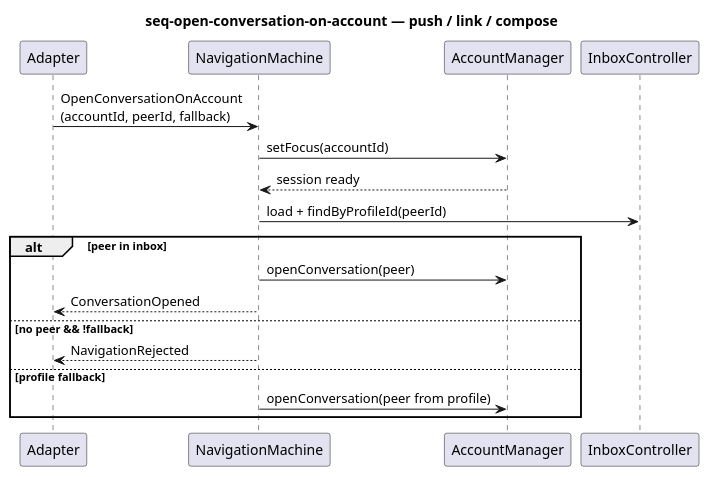
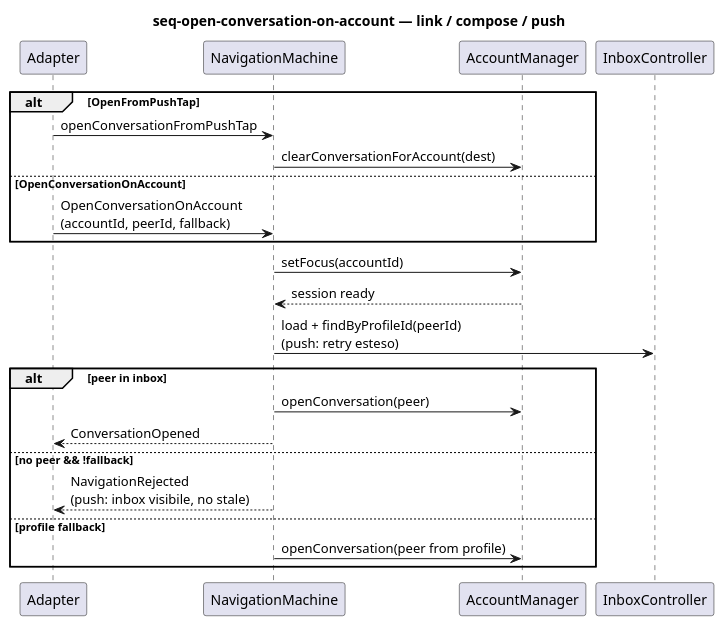
One commit to alfred-im/alfred-im changed the diagram in docs/model/uml/navigation/seq-open-conversation-on-account.puml. Above: the diagram before and after it, drawn with PlantUML. The commit also changed 2 other files, not shown here.

Commit message:
docs(navigation): allinea dominio a openConversationFromPushTap

```diff
--- a/docs/model/uml/navigation/seq-open-conversation-on-account.puml
+++ b/docs/model/uml/navigation/seq-open-conversation-on-account.puml
@@ -1,25 +1,31 @@
 @startuml seq-open-conversation-on-account
 ' Command: OpenConversationOnAccount / OpenFromPushTap
 ' Revision: 2026-07-18
 
-title seq-open-conversation-on-account — push / link / compose
+title seq-open-conversation-on-account — link / compose / push
 
 participant "Adapter" as Ad
 participant "NavigationMachine" as Nav
 participant "AccountManager" as AM
 participant "InboxController" as Inbox
 
-Ad -> Nav : OpenConversationOnAccount\n(accountId, peerId, fallback)
+alt OpenFromPushTap
+  Ad -> Nav : openConversationFromPushTap
+  Nav -> AM : clearConversationForAccount(dest)
+else OpenConversationOnAccount
+  Ad -> Nav : OpenConversationOnAccount\n(accountId, peerId, fallback)
+end
+
 Nav -> AM : setFocus(accountId)
 AM --> Nav : session ready
-Nav -> Inbox : load + findByProfileId(peerId)
+Nav -> Inbox : load + findByProfileId(peerId)\n(push: retry esteso)
 alt peer in inbox
   Nav -> AM : openConversation(peer)
   Nav --> Ad : ConversationOpened
 else no peer && !fallback
-  Nav --> Ad : NavigationRejected
+  Nav --> Ad : NavigationRejected\n(push: inbox visibile, no stale)
 else profile fallback
   Nav -> AM : openConversation(peer from profile)
 end
 
 @enduml
```
